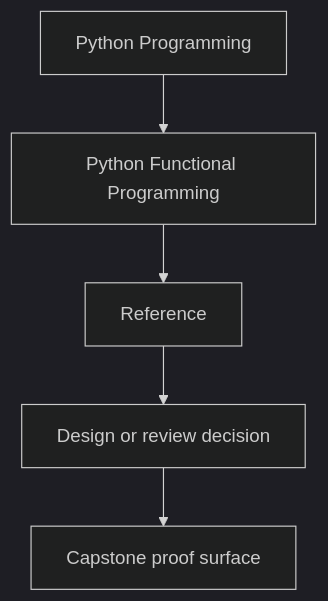
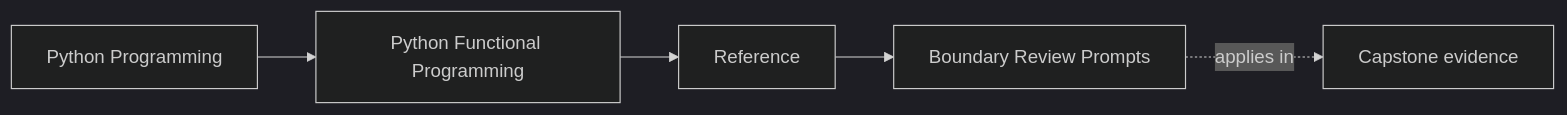
One commit to bijux/bijux-masterclass changed the first of 2 diagrams in programs/python-programming/python-functional-programming/course-book/reference/boundary-review-prompts.md. Above: the diagram before and after it, drawn with Mermaid (dark theme). The commit also changed other lines of this file and 108 other files, not shown here.

Commit message:
docs(python-functional-programming): map capstone and advanced design surfaces

````diff
--- a/programs/python-programming/python-functional-programming/course-book/reference/boundary-review-prompts.md
+++ b/programs/python-programming/python-functional-programming/course-book/reference/boundary-review-prompts.md
@@ -6,7 +6,11 @@
 ```mermaid
-flowchart TD
-  family["Python Programming"] --> program["Python Functional Programming"]
-  program --> reference["Reference"]
-  reference --> review["Design or review decision"]
-  review --> capstone["Capstone proof surface"]
+graph LR
+  family["Python Programming"]
+  program["Python Functional Programming"]
+  section["Reference"]
+  page["Boundary Review Prompts"]
+  capstone["Capstone evidence"]
+
+  family --> program --> section --> page
+  page -.applies in.-> capstone
 ```
````
